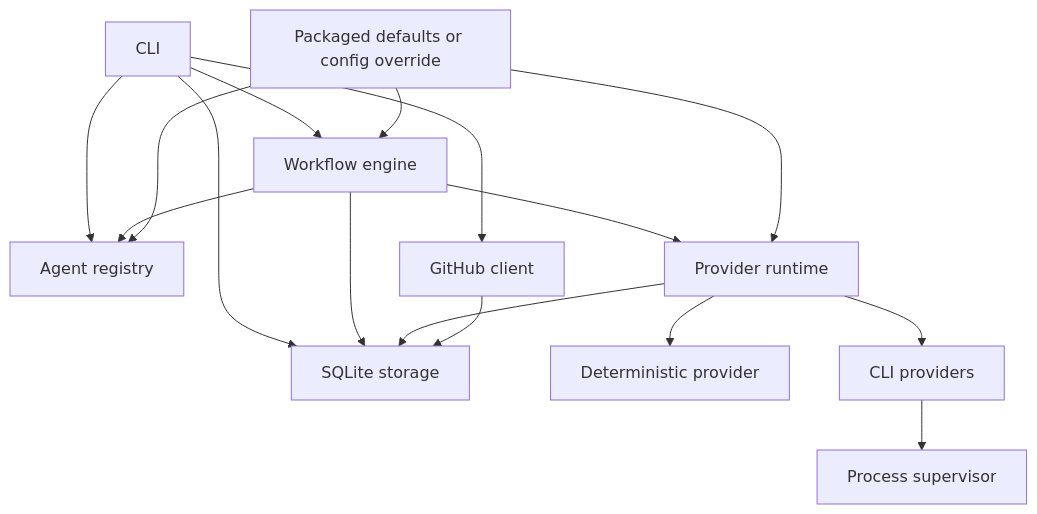
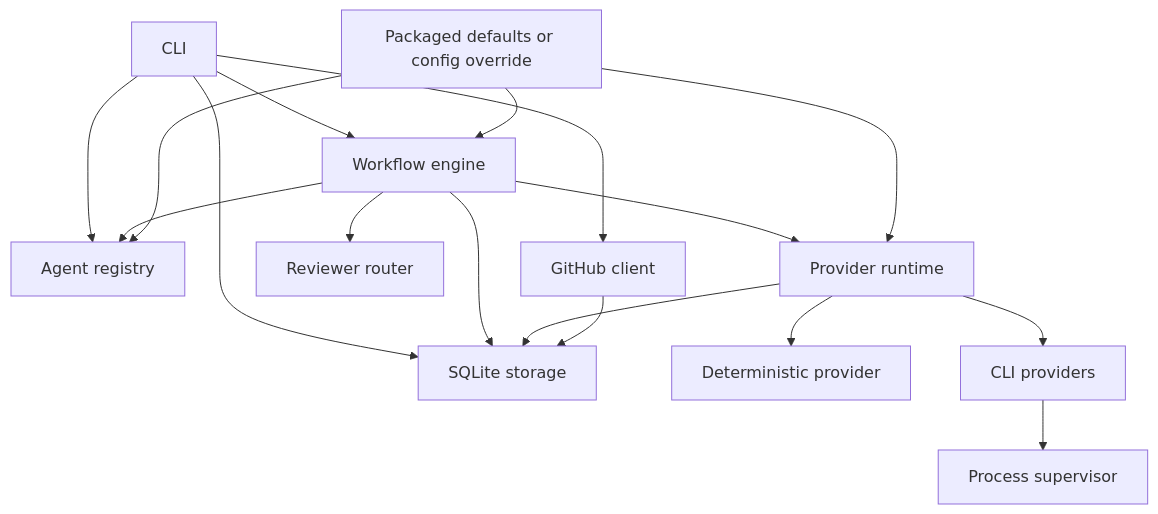
The first of 2 diagrams in docs/architecture.md (HappyMiha/AgentFactory), drawn with Mermaid before and after one commit. The commit also changed other lines of this file and 5 other files, not shown here.

````diff
--- a/docs/architecture.md
+++ b/docs/architecture.md
@@ -17,18 +17,19 @@
 ```mermaid
 flowchart TB
     CLI["CLI"] --> REG["Agent registry"]
     CLI --> WF["Workflow engine"]
     CLI --> GH["GitHub client"]
     CLI --> DB["SQLite storage"]
     WF --> REG
+    WF --> RR["Reviewer router"]
     WF --> RT["Provider runtime"]
     RT --> DET["Deterministic provider"]
     RT --> CP["CLI providers"]
     CP --> SUP["Process supervisor"]
     WF --> DB
     RT --> DB
     GH --> DB
     CFG["Packaged defaults or config override"] --> REG
     CFG --> WF
     CFG --> RT
 ```
````
